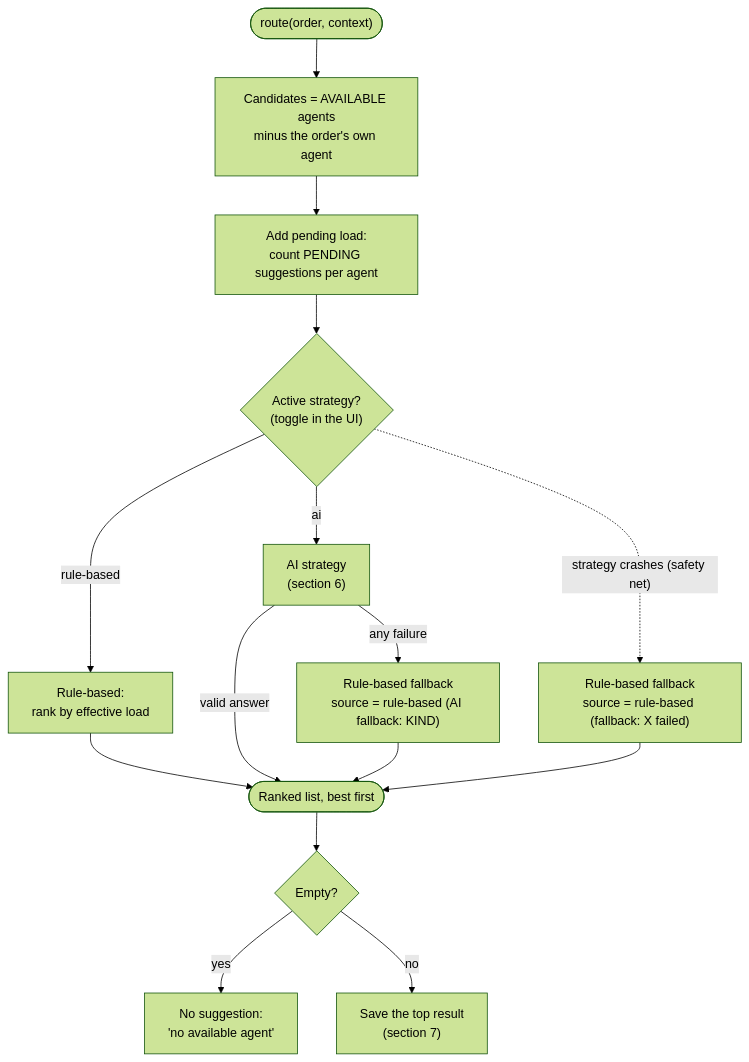
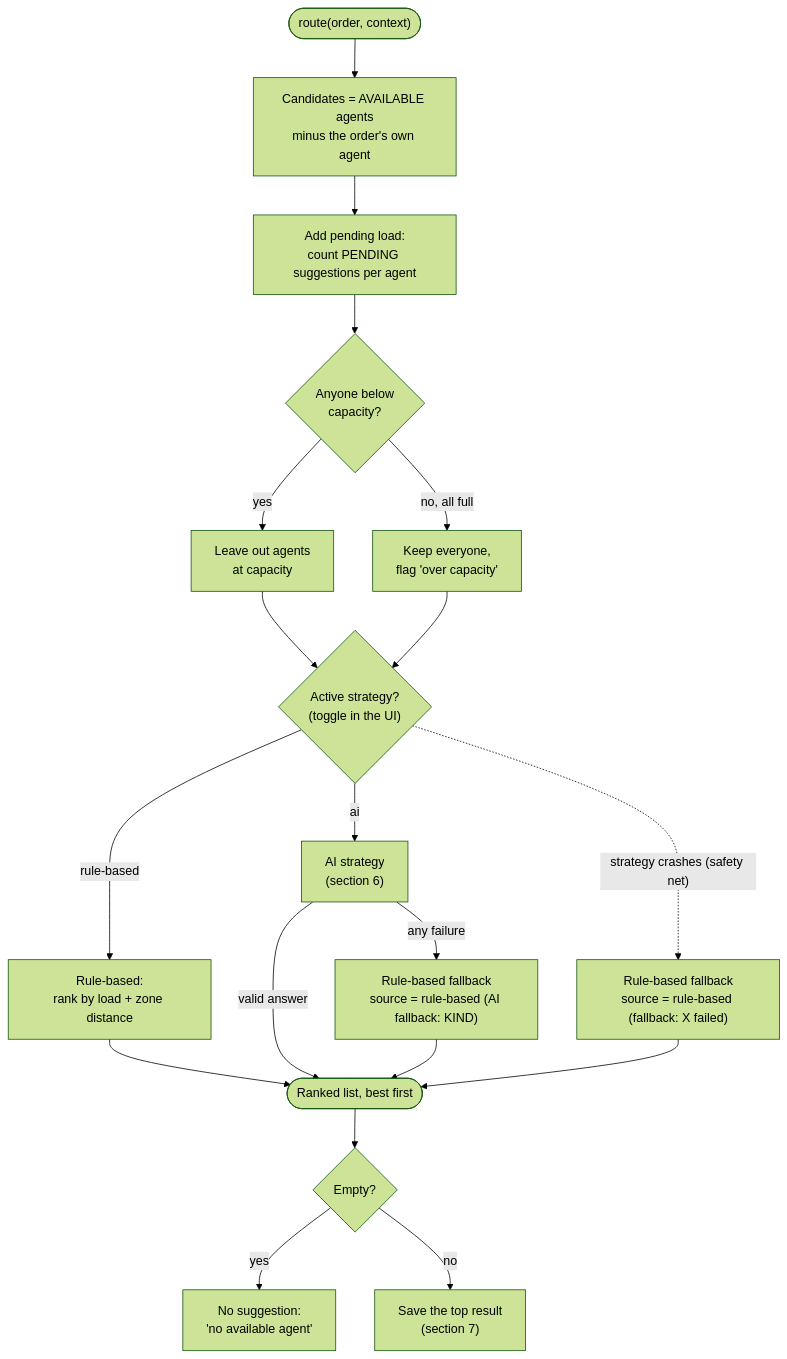
One commit to Pratik41/ziprun-reassignment-engine changed the fifth of 17 diagrams in docs/HOW_IT_WORKS.md. Above: the diagram before and after it, drawn with Mermaid (forest theme). The commit also changed other lines of this file and 9 other files, not shown here.

````diff
--- a/docs/HOW_IT_WORKS.md
+++ b/docs/HOW_IT_WORKS.md
@@ -192,17 +202,21 @@
 ```mermaid
 flowchart TD
     START(["route(order, context)"]) --> CAND["Candidates = AVAILABLE agents<br/>minus the order's own agent"]
     CAND --> LOAD["Add pending load:<br/>count PENDING suggestions per agent"]
-    LOAD --> WHICH{"Active strategy?<br/>(toggle in the UI)"}
-    WHICH -- "rule-based" --> RB["Rule-based:<br/>rank by effective load"]
+    LOAD --> CAP{"Anyone below<br/>capacity?"}
+    CAP -- "yes" --> KEEP["Leave out agents<br/>at capacity"]
+    CAP -- "no, all full" --> ALL["Keep everyone,<br/>flag 'over capacity'"]
+    KEEP --> WHICH{"Active strategy?<br/>(toggle in the UI)"}
+    ALL --> WHICH
+    WHICH -- "rule-based" --> RB["Rule-based:<br/>rank by load + zone distance"]
     WHICH -- "ai" --> AI["AI strategy<br/>(section 6)"]
     AI -- "valid answer" --> OUT
     AI -- "any failure" --> RB2["Rule-based fallback<br/>source = rule-based (AI fallback: KIND)"]
     RB --> OUT(["Ranked list, best first"])
     RB2 --> OUT
     WHICH -.->|"strategy crashes (safety net)"| RB3["Rule-based fallback<br/>source = rule-based (fallback: X failed)"]
     RB3 --> OUT
     OUT --> EMPTY{"Empty?"}
     EMPTY -- "yes" --> NONE["No suggestion:<br/>'no available agent'"]
     EMPTY -- "no" --> SAVE["Save the top result<br/>(section 7)"]
 ```
````
